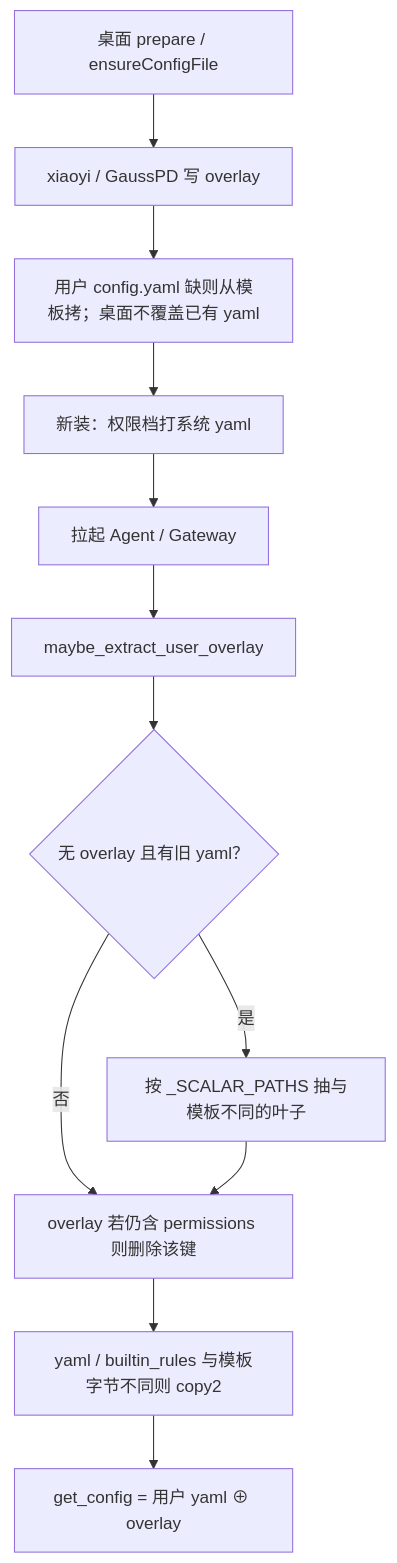
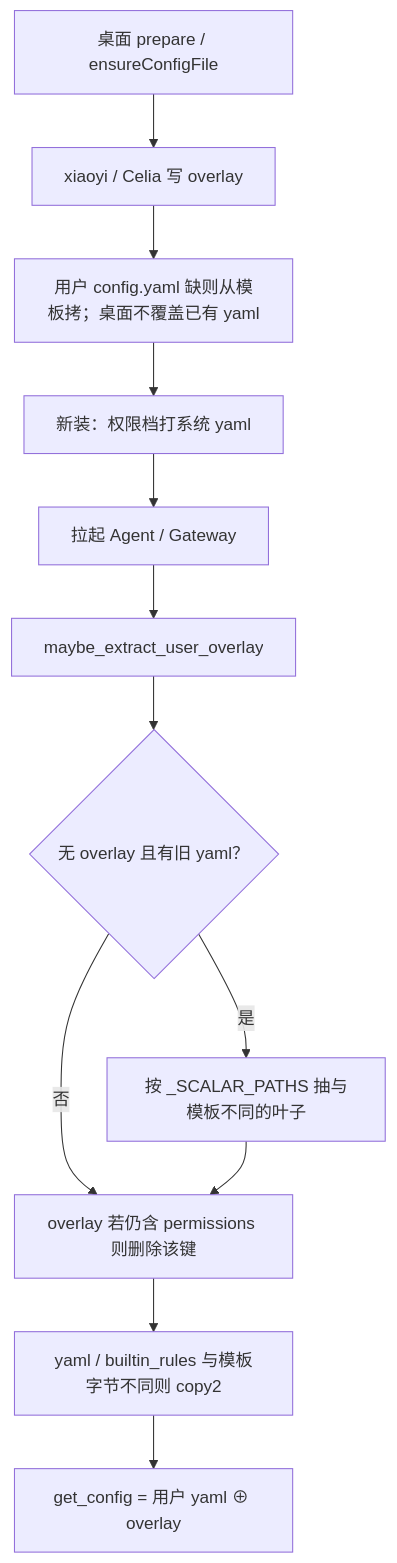
One commit to openJiuwen-ai/jiuwenswarm changed the second of 2 diagrams in docs/zh/配置分层与升级.md. Above: the diagram before and after it, drawn with Mermaid. The commit also changed other lines of this file and 9 other files, not shown here.

````diff
--- a/docs/zh/配置分层与升级.md
+++ b/docs/zh/配置分层与升级.md
@@ -38,14 +38,14 @@
 ```mermaid
 flowchart TD
-  Desk[桌面 prepare / ensureConfigFile] --> Ov["xiaoyi / GaussPD 写 overlay"]
+  Desk[桌面 prepare / ensureConfigFile] --> Ov["xiaoyi / Celia 写 overlay"]
   Ov --> Copy["用户 config.yaml 缺则从模板拷；桌面不覆盖已有 yaml"]
   Copy --> Perm["新装：权限档打系统 yaml"]
   Perm --> Spawn[拉起 Agent / Gateway]
   Spawn --> Sync["maybe_extract_user_overlay"]
   Sync --> Extract{"无 overlay 且有旧 yaml？"}
   Extract -->|是| Sparse["按 _SCALAR_PATHS 抽与模板不同的叶子"]
   Extract -->|否| Strip
   Sparse --> Strip["overlay 若仍含 permissions 则删除该键"]
   Strip --> Overwrite["yaml / builtin_rules 与模板字节不同则 copy2"]
   Overwrite --> Get["get_config = 用户 yaml ⊕ overlay"]
 ```
````
